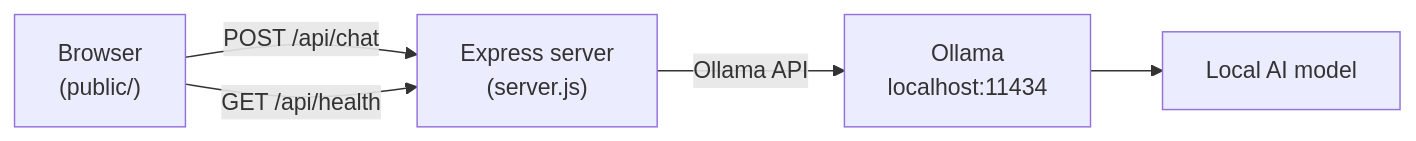
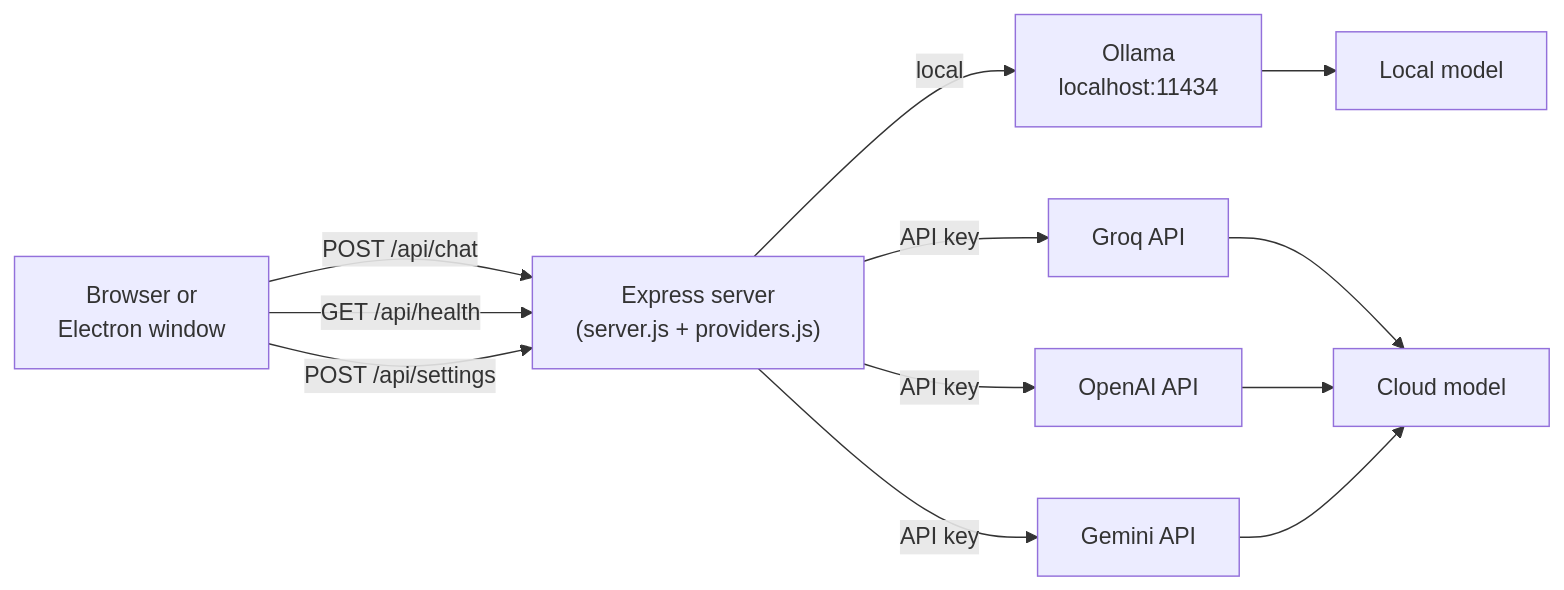
One commit to cr-pl/chatbot changed the diagram in README.md. Above: the diagram before and after it, drawn with Mermaid. The commit also changed other lines of this file, not shown here.

````diff
--- a/README.md
+++ b/README.md
@@ -82,7 +95,14 @@
 ```mermaid
 flowchart LR
-  Browser["Browser\n(public/)"] -->|POST /api/chat| Server["Express server\n(server.js)"]
-  Browser -->|GET /api/health| Server
-  Server -->|Ollama API| Ollama["Ollama\nlocalhost:11434"]
-  Ollama --> Model["Local AI model"]
+  UI["Browser or\nElectron window"] -->|POST /api/chat| Server["Express server\n(server.js + providers.js)"]
+  UI -->|GET /api/health| Server
+  UI -->|POST /api/settings| Server
+  Server -->|local| Ollama["Ollama\nlocalhost:11434"]
+  Server -->|API key| Groq["Groq API"]
+  Server -->|API key| OpenAI["OpenAI API"]
+  Server -->|API key| Gemini["Gemini API"]
+  Ollama --> LocalModel["Local model"]
+  Groq --> CloudModel["Cloud model"]
+  OpenAI --> CloudModel
+  Gemini --> CloudModel
 ```
````
